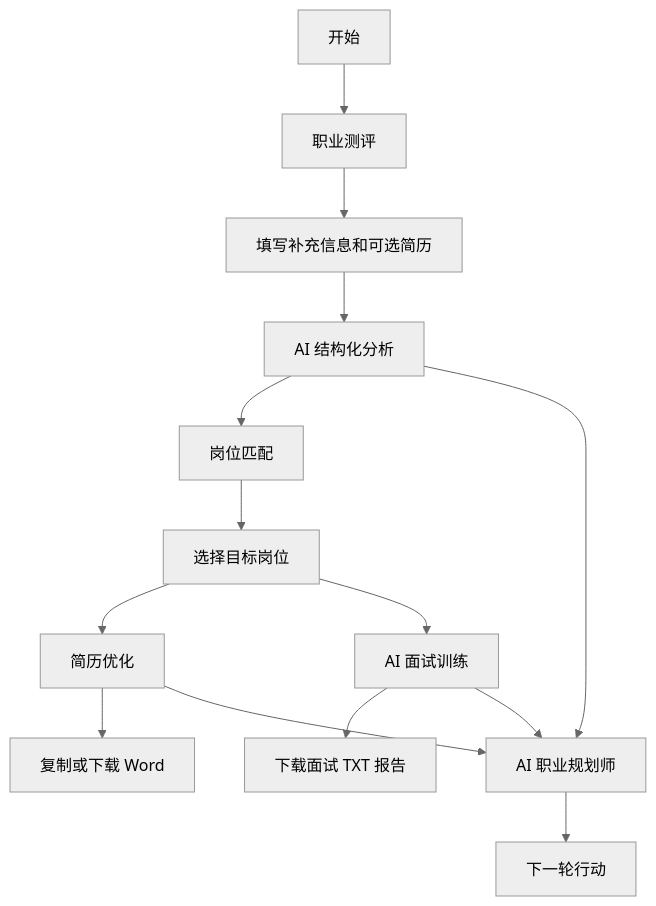
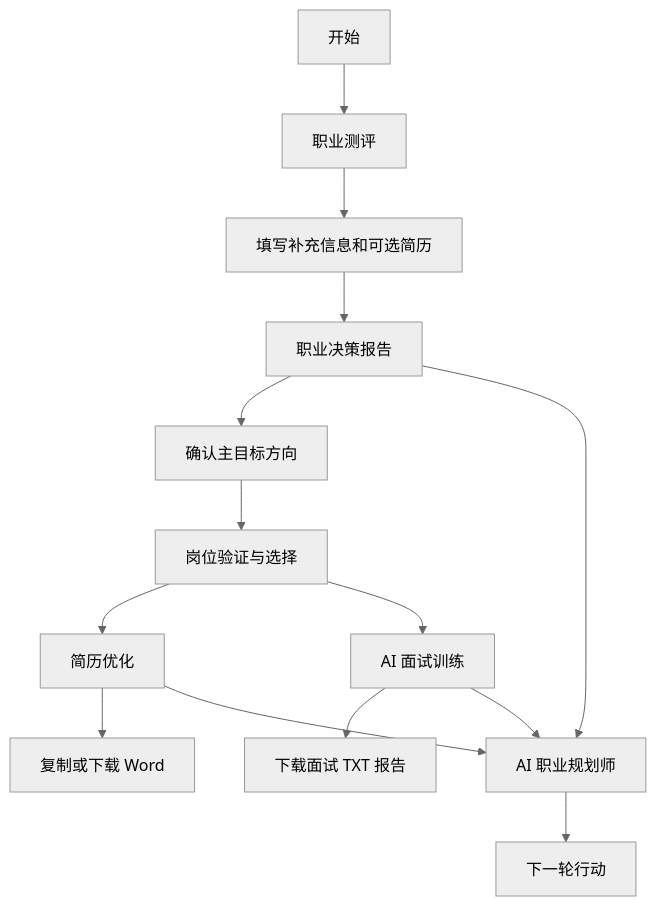
Before and after one commit to czh272849818-wq/Career-Future: the second of 3 diagrams in Context.md, drawn with Mermaid (neutral theme). The commit also changed other lines of this file and 5 other files, not shown here.

````diff
--- a/Context.md
+++ b/Context.md
@@ -127,16 +127,16 @@
 ```mermaid
 flowchart TD
   A[开始] --> B[职业测评]
   B --> C[填写补充信息和可选简历]
-  C --> D[AI 结构化分析]
-  D --> E[岗位匹配]
-  E --> F[选择目标岗位]
+  C --> D[职业决策报告]
+  D --> E[确认主目标方向]
+  E --> F[岗位验证与选择]
   F --> G[简历优化]
   G --> H[复制或下载 Word]
   F --> I[AI 面试训练]
   I --> J[下载面试 TXT 报告]
   D --> K[AI 职业规划师]
   G --> K
   I --> K
   K --> L[下一轮行动]
 ```
````
